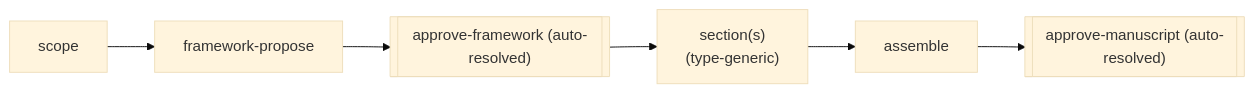
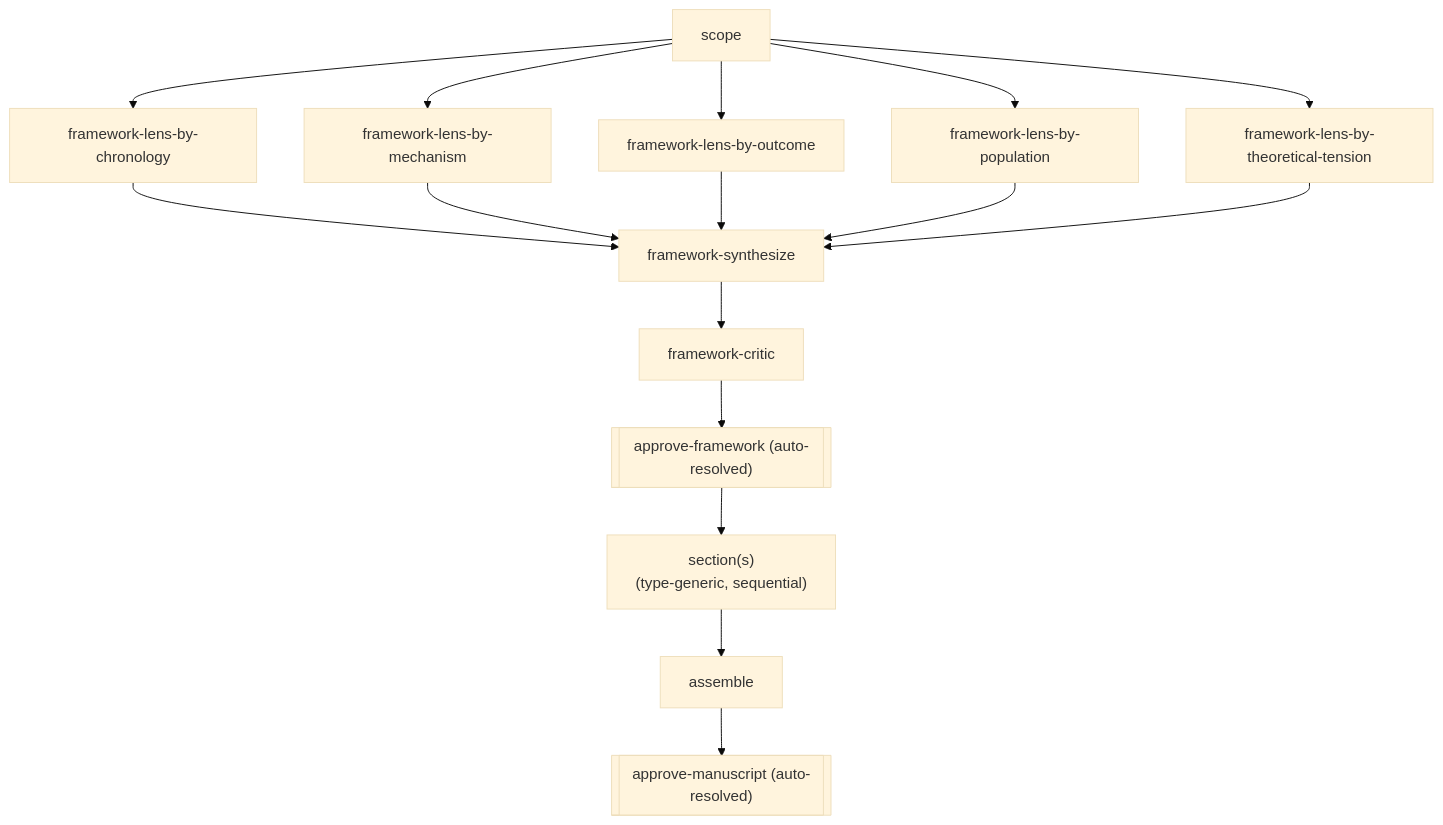
Before and after one commit to phoongkhangzhie/research-vault: the third of 3 diagrams in README.md, drawn with Mermaid (base theme). The commit also changed other lines of this file and 1 other file, not shown here.

Commit message:
docs(readme): loop diagrams LR->TD + re-ground to current topology
Switch all three README mermaid loop diagrams from `flowchart LR` to
`flowchart TD` so GitHub stacks nodes vertically and renders them at
readable size (LR scaled each into one tiny wide row).

Re-ground the diagrams against the real builders (catalog topology_summaries
+ review/__init__.py, manuscript/types/lit_review.py::phase1_builder,
manuscript/__init__.py::_build_phase2_manifest):

- Review: add the approve-review -> manuscript-loop auto-emit edge; keep the
  (auto-resolved) gate labels.
- Manuscript: replace the stale framework-propose -> [HG] approve-framework
  with the current ensemble (scope -> 5x framework-lens-<lens> fan-out ->
  framework-synthesize -> framework-critic -> approve-framework, auto-resolved),
  using the real default FRAMEWORK_LENSES node ids.
- Experiment: shape unchanged; LR->TD only.

Also fix stale prose: "organizing framework is a human commitment, never
machine-discovered" now contradicts the auto-resolved gate — describe the
ensemble/synthesis/critic/auto-commit path instead. README-only.

````diff
--- a/README.md
+++ b/README.md
@@ -200,6 +205,17 @@
 ```mermaid
-flowchart LR
-    scope[scope] --> fp[framework-propose] --> GATE1[["approve-framework (auto-resolved)"]]
-    GATE1 --> sec["section(s)\n(type-generic)"] --> assemble
+flowchart TD
+    scope[scope] --> L1[framework-lens-by-chronology]
+    scope --> L2[framework-lens-by-mechanism]
+    scope --> L3[framework-lens-by-outcome]
+    scope --> L4[framework-lens-by-population]
+    scope --> L5[framework-lens-by-theoretical-tension]
+    L1 --> syn[framework-synthesize]
+    L2 --> syn
+    L3 --> syn
+    L4 --> syn
+    L5 --> syn
+    syn --> fcritic[framework-critic]
+    fcritic --> GATE1[["approve-framework (auto-resolved)"]]
+    GATE1 --> sec["section(s)\n(type-generic, sequential)"] --> assemble
     assemble --> GATE2[["approve-manuscript (auto-resolved)"]]
 ```
````
